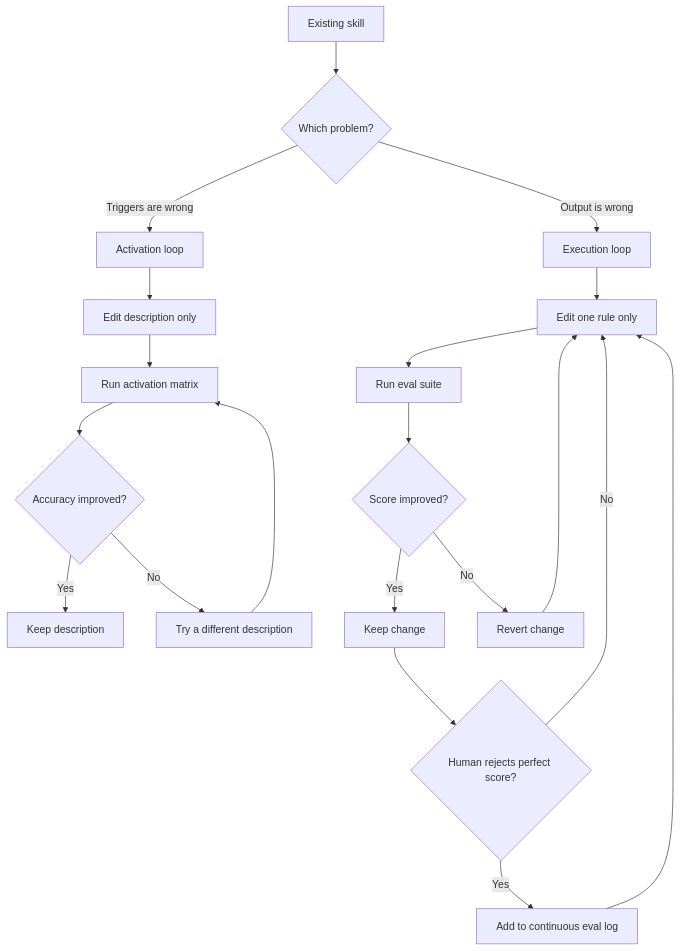
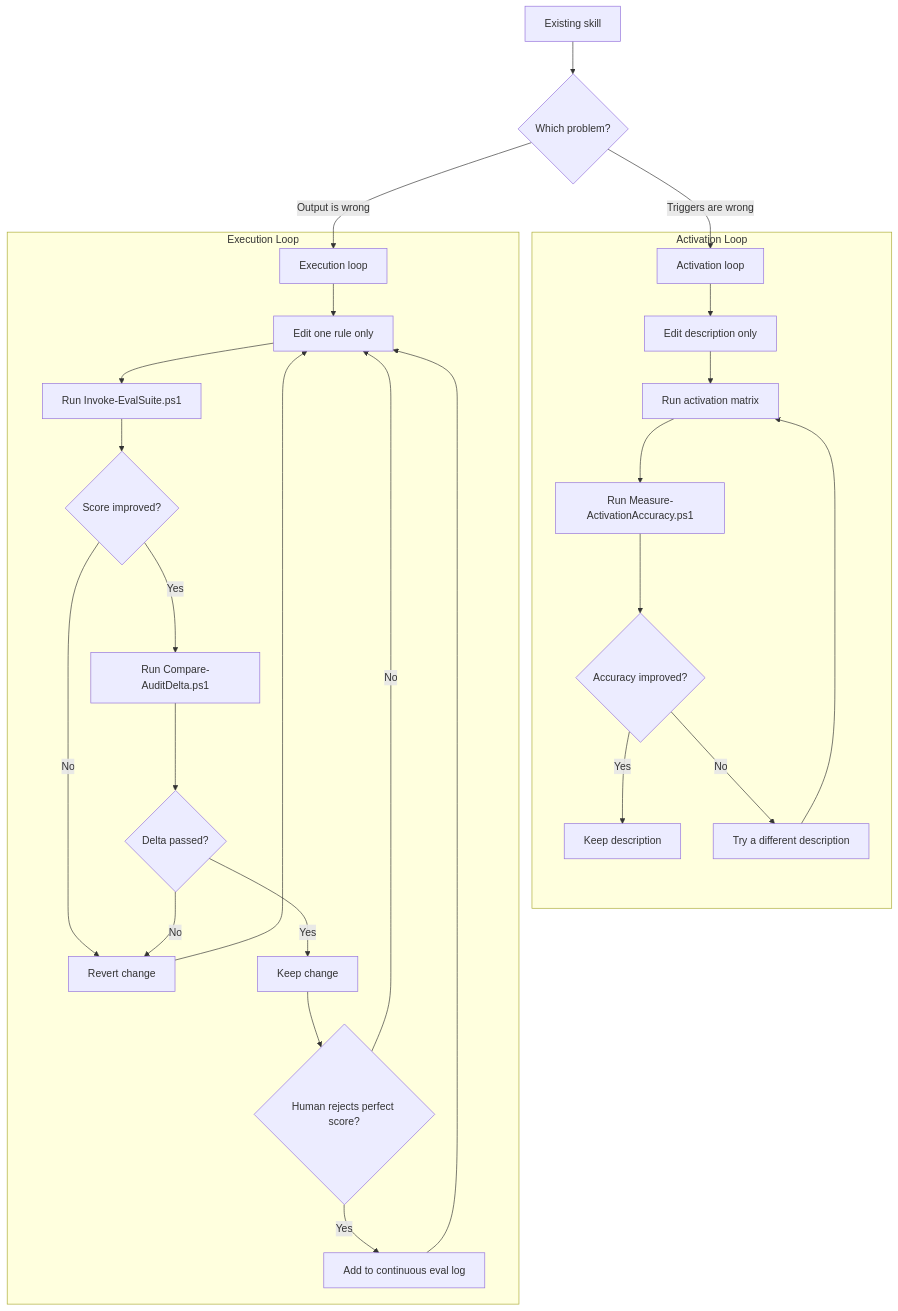
The diagram in skills/skill-self-improvement/references/dual-loop-workflow.md (arisng/github-copilot-fc), drawn with Mermaid before and after one commit. The commit also changed other lines of this file and 2 other files, not shown here.

Commit message:
docs(skill): add empirical audit framework to skill-self-improvement
Add empirical audit section to SKILL.md with four audit pillars,
script invocation examples, exit code semantics, and end-to-end workflow.

Update dual-loop-workflow.md with audit gate nodes in both activation
and execution loops, plus updated Mermaid diagram.

Update assertion-playbook.md with machine-parseable assertion syntax
section documenting all 14 supported expression patterns.

````diff
--- a/skills/skill-self-improvement/references/dual-loop-workflow.md
+++ b/skills/skill-self-improvement/references/dual-loop-workflow.md
@@ -86,22 +89,32 @@
 ```mermaid
 graph TD
     A[Existing skill] --> B{Which problem?}
     B -->|Triggers are wrong| C[Activation loop]
     B -->|Output is wrong| D[Execution loop]
-    C --> E[Edit description only]
-    E --> F[Run activation matrix]
-    F --> G{Accuracy improved?}
-    G -->|Yes| H[Keep description]
-    G -->|No| I[Try a different description]
-    I --> F
-    D --> J[Edit one rule only]
-    J --> K[Run eval suite]
-    K --> L{Score improved?}
-    L -->|Yes| M[Keep change]
-    L -->|No| N[Revert change]
-    M --> O{Human rejects perfect score?}
-    N --> J
-    O -->|Yes| P[Add to continuous eval log]
-    O -->|No| J
-    P --> J
+
+    subgraph "Activation Loop"
+        C --> E[Edit description only]
+        E --> F[Run activation matrix]
+        F --> F2[Run Measure-ActivationAccuracy.ps1]
+        F2 --> G{Accuracy improved?}
+        G -->|Yes| H[Keep description]
+        G -->|No| I[Try a different description]
+        I --> F
+    end
+
+    subgraph "Execution Loop"
+        D --> J[Edit one rule only]
+        J --> J2[Run Invoke-EvalSuite.ps1]
+        J2 --> K{Score improved?}
+        K -->|Yes| L[Run Compare-AuditDelta.ps1]
+        K -->|No| N[Revert change]
+        L --> L2{Delta passed?}
+        L2 -->|Yes| M[Keep change]
+        L2 -->|No| N
+        N --> J
+        M --> O{Human rejects perfect score?}
+        O -->|Yes| P[Add to continuous eval log]
+        O -->|No| J
+        P --> J
+    end
 ```
````
